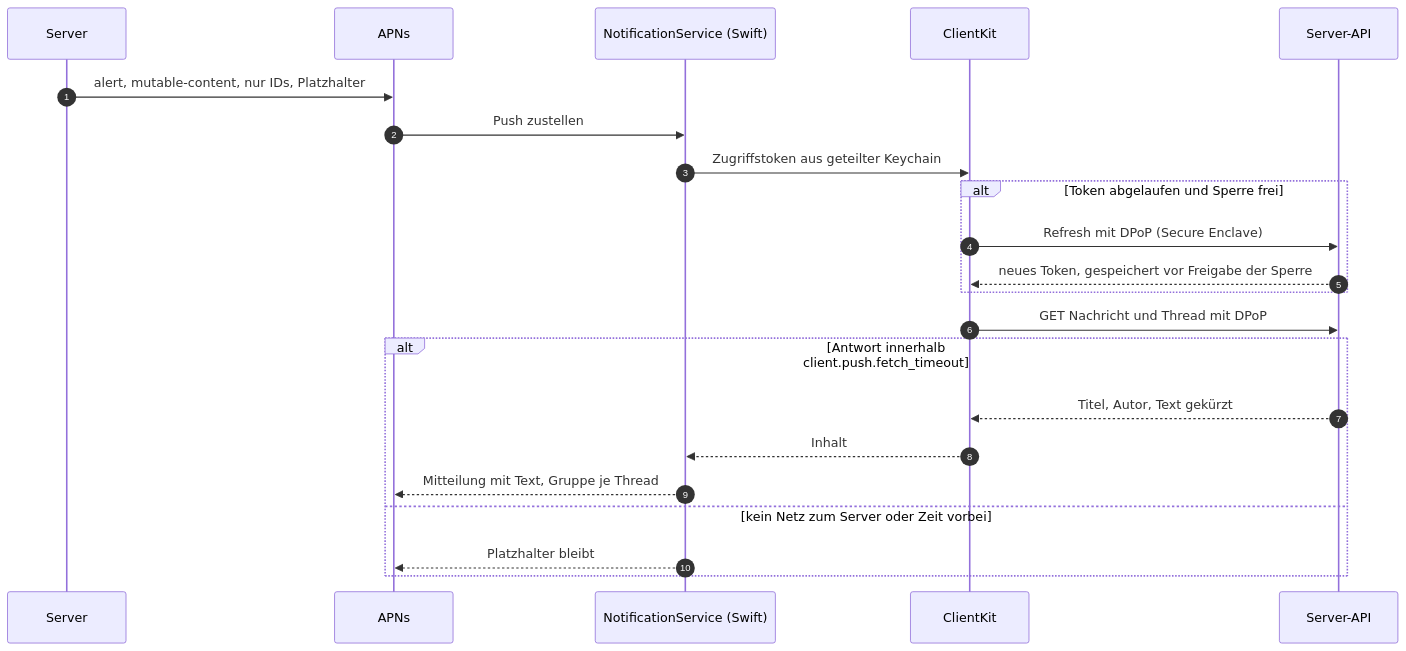
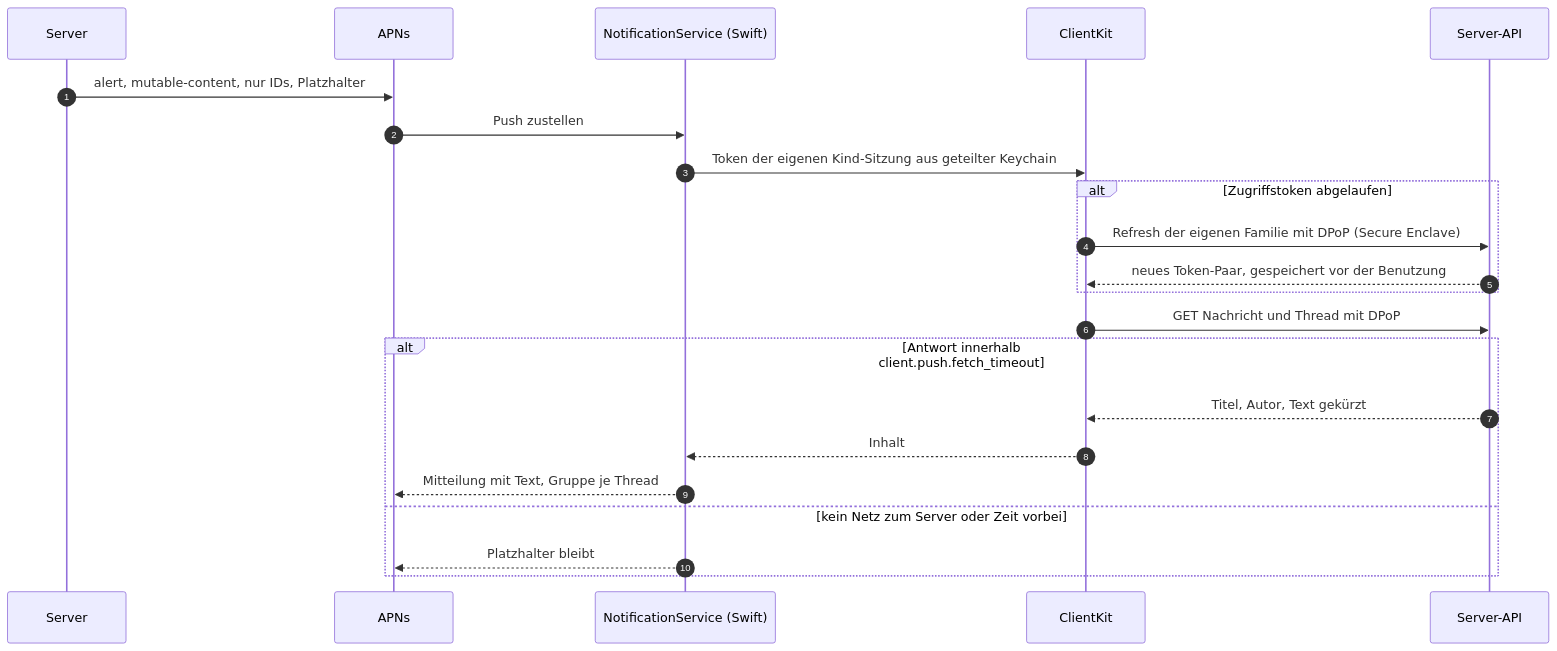
One commit to mguttmann/bothy changed the fifth of 5 diagrams in docs/spec/15-client-architektur.md. Above: the diagram before and after it, drawn with Mermaid. The commit also changed other lines of this file and 14 other files, not shown here.

````diff
--- a/docs/spec/15-client-architektur.md
+++ b/docs/spec/15-client-architektur.md
@@ -399,24 +405,24 @@
 ```mermaid
 sequenceDiagram
   autonumber
   participant S as Server
   participant A as APNs
   participant N as NotificationService (Swift)
   participant K as ClientKit
   participant API as Server-API
   S->>A: alert, mutable-content, nur IDs, Platzhalter
   A->>N: Push zustellen
-  N->>K: Zugriffstoken aus geteilter Keychain
-  alt Token abgelaufen und Sperre frei
-    K->>API: Refresh mit DPoP (Secure Enclave)
-    API-->>K: neues Token, gespeichert vor Freigabe der Sperre
+  N->>K: Token der eigenen Kind-Sitzung aus geteilter Keychain
+  alt Zugriffstoken abgelaufen
+    K->>API: Refresh der eigenen Familie mit DPoP (Secure Enclave)
+    API-->>K: neues Token-Paar, gespeichert vor der Benutzung
   end
   K->>API: GET Nachricht und Thread mit DPoP
   alt Antwort innerhalb client.push.fetch_timeout
     API-->>K: Titel, Autor, Text gekürzt
     K-->>N: Inhalt
     N-->>A: Mitteilung mit Text, Gruppe je Thread
   else kein Netz zum Server oder Zeit vorbei
     N-->>A: Platzhalter bleibt
   end
 ```
````
